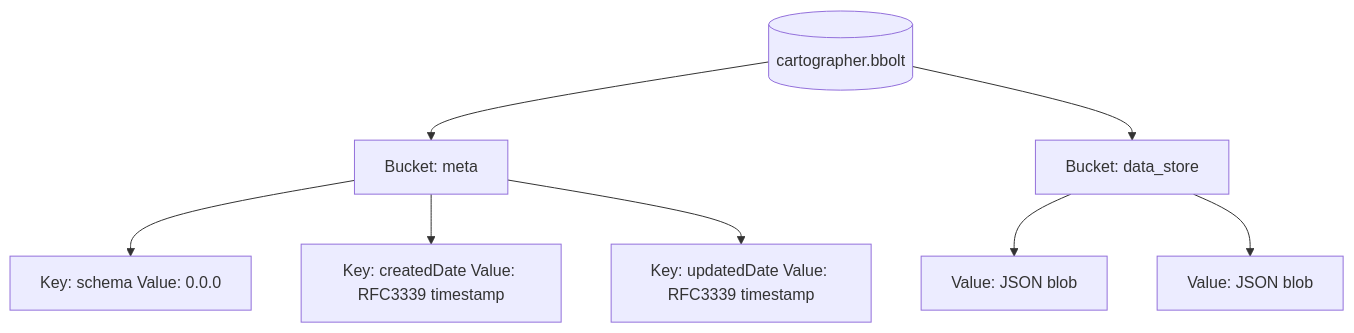
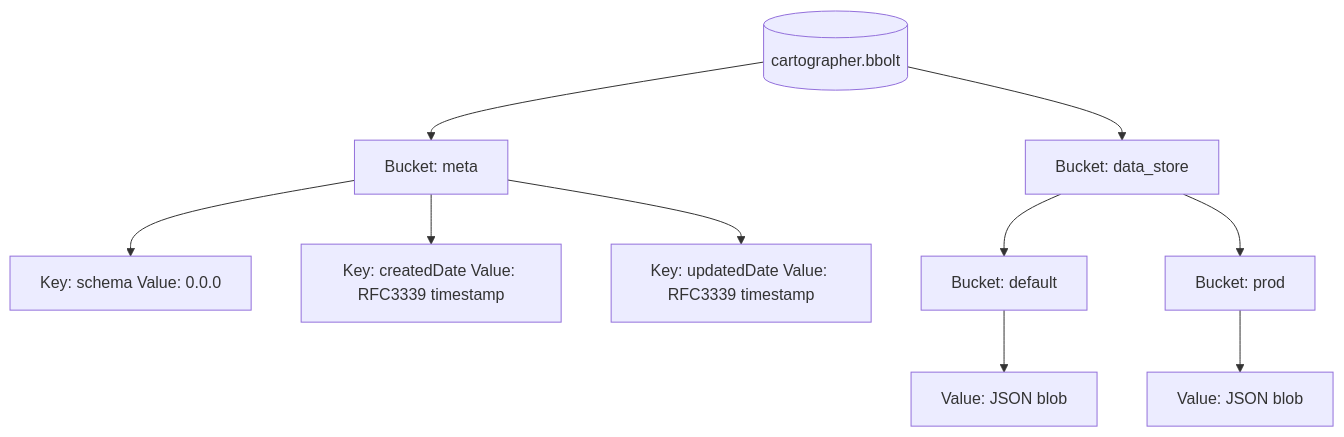
One commit to rjbrown57/cartographer changed the diagram in pkg/backends/boltdb/README.md. Above: the diagram before and after it, drawn with Mermaid. The commit also changed other lines of this file and 24 other files, not shown here.

````diff
--- a/pkg/backends/boltdb/README.md
+++ b/pkg/backends/boltdb/README.md
@@ -10,11 +11,13 @@
 ```mermaid
 flowchart TB
     db[(cartographer.bbolt)]
     db --> meta["Bucket: meta"]
     db --> data["Bucket: data_store"]
     meta --> schema["Key: schema Value: 0.0.0"]
     meta --> created["Key: createdDate Value: RFC3339 timestamp"]
     meta --> updated["Key: updatedDate Value: RFC3339 timestamp"]
-    data --> key1["Value: JSON blob"]
-    data --> keyN["Value: JSON blob"]
+    data --> ns1["Bucket: default"]
+    data --> ns2["Bucket: prod"]
+    ns1 --> key1["Value: JSON blob"]
+    ns2 --> keyN["Value: JSON blob"]
 ```
````
